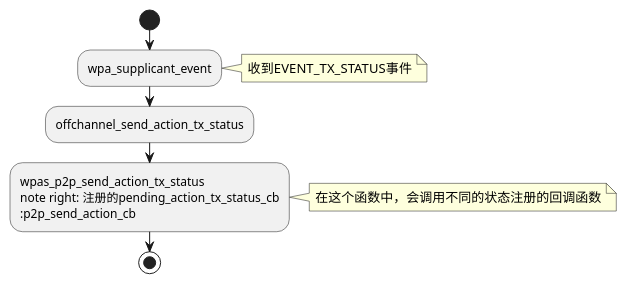
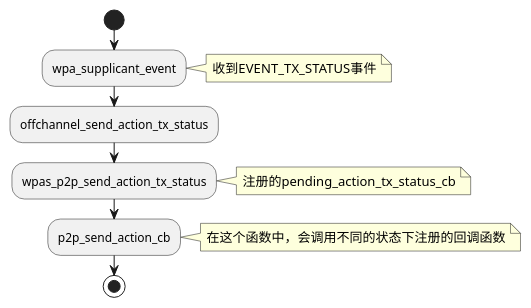
One commit to fuyajun1983cn/myplayground changed diagram 15 of 28 in org/draft/wpa_supplicant学习要点记录.org. Above: the diagram before and after it, drawn with PlantUML. The commit also changed other lines of this file and 10 other files, not shown here.

```diff
--- a/org/draft/wpa_supplicant学习要点记录.org
+++ b/org/draft/wpa_supplicant学习要点记录.org
@@ -2366,13 +2184,13 @@
         #+BEGIN_SRC plantuml :file ./images/2016/2016012902.png :cmdline -charset UTF-8
           @startuml
           start
           :wpa_supplicant_event;
           note right: 收到EVENT_TX_STATUS事件
           :offchannel_send_action_tx_status;
-          :wpas_p2p_send_action_tx_status
-          note right: 注册的pending_action_tx_status_cb
+          :wpas_p2p_send_action_tx_status;
+          note right : 注册的pending_action_tx_status_cb
           :p2p_send_action_cb;
-          note right: 在这个函数中，会调用不同的状态注册的回调函数
+          note right: 在这个函数中，会调用不同的状态下注册的回调函数
           stop
           @enduml
         #+END_SRC
```
